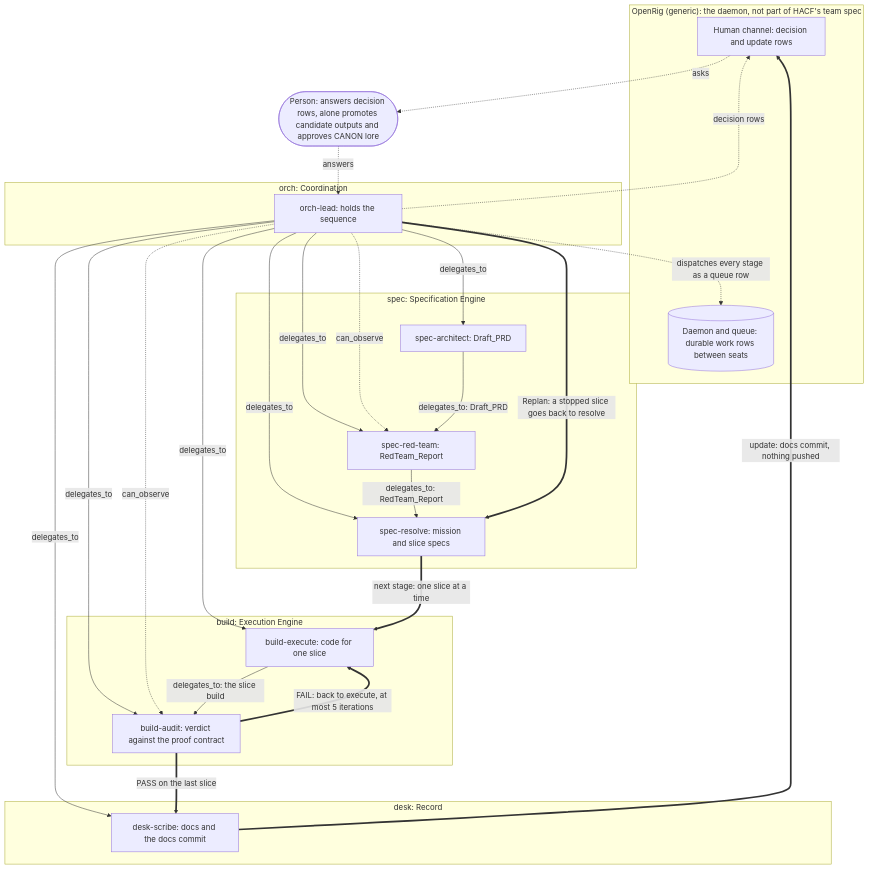
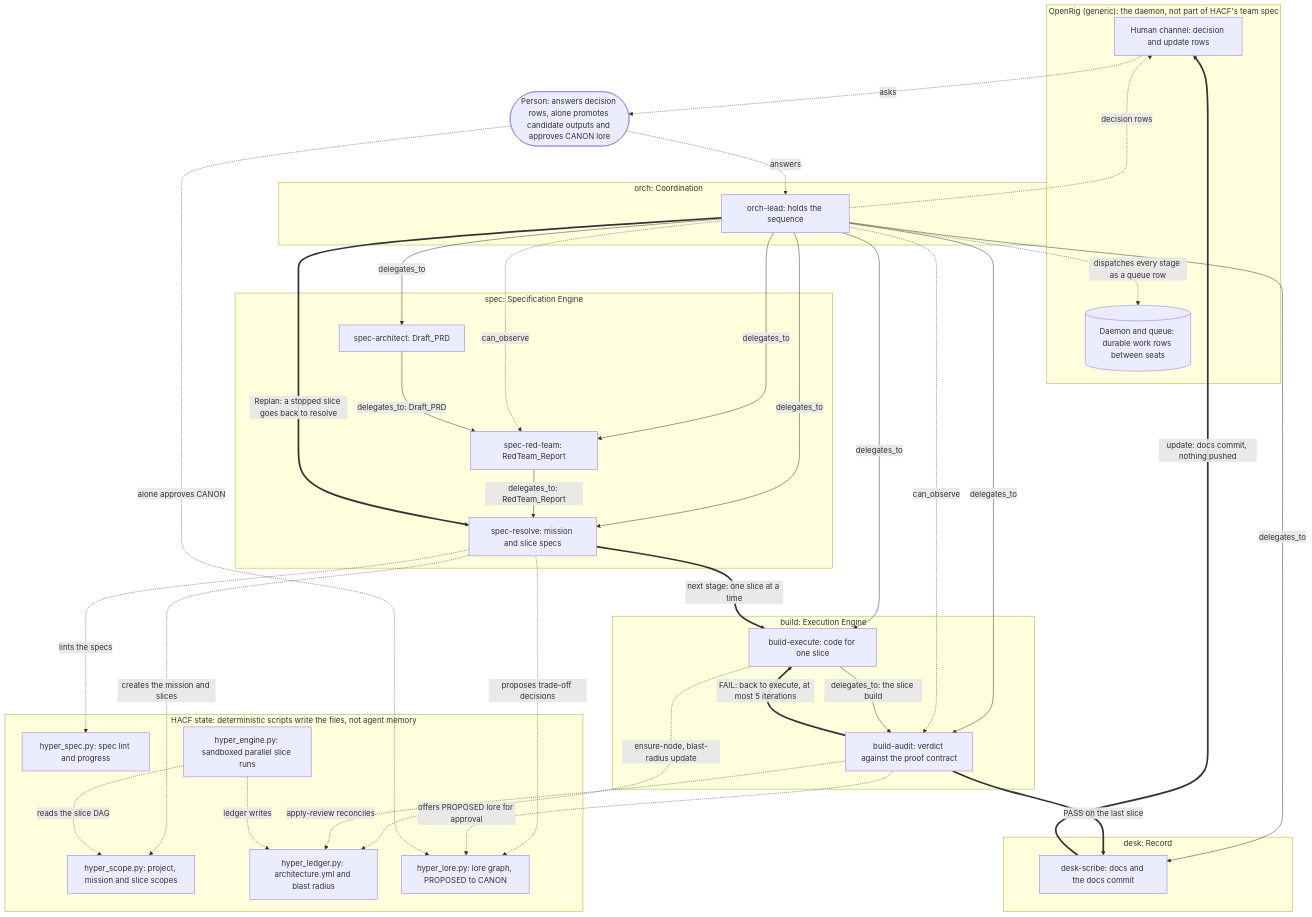
One commit to tjmustard/Hypergraph-Agentic-Coding-Framework changed the diagram in README.md. Above: the diagram before and after it, drawn with Mermaid. The commit also changed other lines of this file and 172 other files, not shown here.

````diff
--- a/README.md
+++ b/README.md
@@ -252,46 +271,62 @@
 ```mermaid
 flowchart TB
     subgraph openrig_generic["OpenRig (generic): the daemon, not part of HACF's team spec"]
         or_queue[("Daemon and queue: durable work rows between seats")]
         or_channel["Human channel: decision and update rows"]
     end
     human(["Person: answers decision rows, alone promotes candidate outputs and approves CANON lore"])
 
     subgraph orch["orch: Coordination"]
         orch_lead["orch-lead: holds the sequence"]
     end
     subgraph spec["spec: Specification Engine"]
         spec_architect["spec-architect: Draft_PRD"]
         spec_red_team["spec-red-team: RedTeam_Report"]
         spec_resolve["spec-resolve: mission and slice specs"]
     end
     subgraph build["build: Execution Engine"]
         build_execute["build-execute: code for one slice"]
         build_audit["build-audit: verdict against the proof contract"]
     end
     subgraph desk["desk: Record"]
         desk_scribe["desk-scribe: docs and the docs commit"]
     end
+    subgraph hacf_state["HACF state: deterministic scripts write the files, not agent memory"]
+        st_scope["hyper_scope.py: project, mission and slice scopes"]
+        st_spec["hyper_spec.py: spec lint and progress"]
+        st_ledger["hyper_ledger.py: architecture.yml and blast radius"]
+        st_lore["hyper_lore.py: lore graph, PROPOSED to CANON"]
+        st_engine["hyper_engine.py: sandboxed parallel slice runs"]
+    end
 
     orch_lead -->|"delegates_to"| spec_architect
     orch_lead -->|"delegates_to"| spec_red_team
     orch_lead -->|"delegates_to"| spec_resolve
     orch_lead -->|"delegates_to"| build_execute
     orch_lead -->|"delegates_to"| build_audit
     orch_lead -->|"delegates_to"| desk_scribe
     orch_lead -.->|"can_observe"| spec_red_team
     orch_lead -.->|"can_observe"| build_audit
     spec_architect -->|"delegates_to: Draft_PRD"| spec_red_team
     spec_red_team -->|"delegates_to: RedTeam_Report"| spec_resolve
     build_execute -->|"delegates_to: the slice build"| build_audit
 
     spec_resolve ==>|"next stage: one slice at a time"| build_execute
     build_audit ==>|"FAIL: back to execute, at most 5 iterations"| build_execute
     build_audit ==>|"PASS on the last slice"| desk_scribe
     orch_lead ==>|"Replan: a stopped slice goes back to resolve"| spec_resolve
     desk_scribe ==>|"update: docs commit, nothing pushed"| or_channel
     orch_lead -.->|"dispatches every stage as a queue row"| or_queue
     orch_lead -.->|"decision rows"| or_channel
     or_channel -.->|"asks"| human
     human -.->|"answers"| orch_lead
+    spec_resolve -.->|"creates the mission and slices"| st_scope
+    spec_resolve -.->|"lints the specs"| st_spec
+    spec_resolve -.->|"proposes trade-off decisions"| st_lore
+    build_execute -.->|"ensure-node, blast-radius update"| st_ledger
+    build_audit -.->|"apply-review reconciles"| st_ledger
+    build_audit -.->|"offers PROPOSED lore for approval"| st_lore
+    human -.->|"alone approves CANON"| st_lore
+    st_engine -.->|"reads the slice DAG"| st_scope
+    st_engine -.->|"ledger writes"| st_ledger
 ```
````
